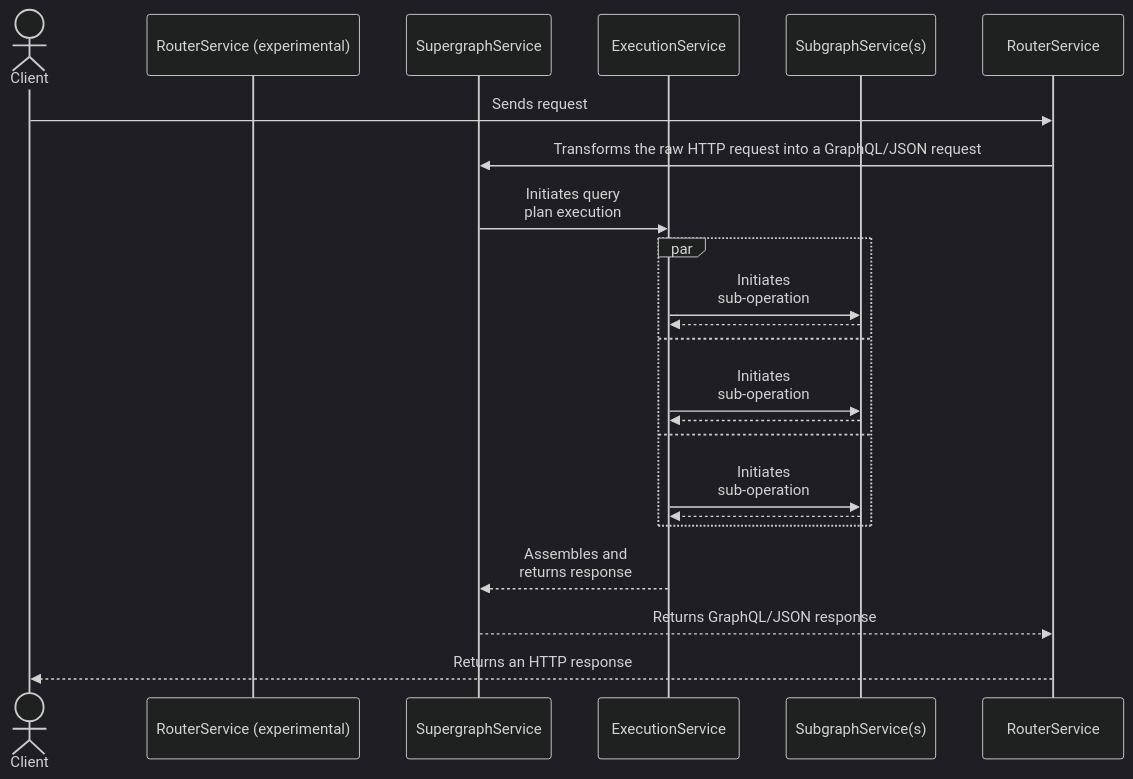
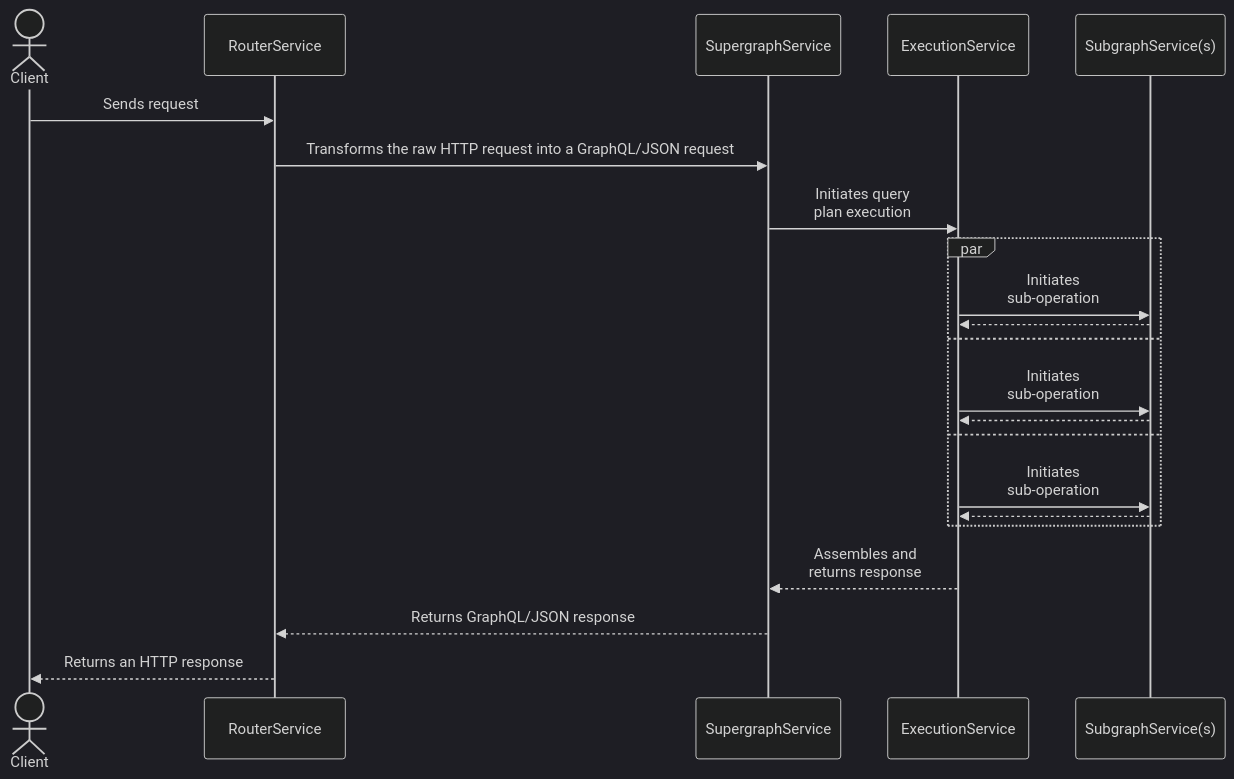
One commit to apollographql/router changed the diagram in docs/source/customizations/overview.mdx. Above: the diagram before and after it, drawn with Mermaid (dark theme).

Commit message:
Fix mermaid graph

````diff
--- a/docs/source/customizations/overview.mdx
+++ b/docs/source/customizations/overview.mdx
@@ -28,25 +28,25 @@
 ```mermaid
 sequenceDiagram
     actor Client
-    participant RouterService (experimental)
+    participant RouterService
     participant SupergraphService
     participant ExecutionService
     participant SubgraphService(s)
 
     Client->>RouterService: Sends request
     RouterService->>SupergraphService: Transforms the raw HTTP request into a GraphQL/JSON request
     SupergraphService->>ExecutionService: Initiates query<br/>plan execution
     par
     ExecutionService->>SubgraphService(s): Initiates<br/>sub-operation
     SubgraphService(s)-->>ExecutionService: 
     and
     ExecutionService->>SubgraphService(s): Initiates<br/>sub-operation
     SubgraphService(s)-->>ExecutionService: 
     and
     ExecutionService->>SubgraphService(s): Initiates<br/>sub-operation
     SubgraphService(s)-->>ExecutionService: 
     end
     ExecutionService-->>SupergraphService: Assembles and<br/>returns response
     SupergraphService-->>RouterService: Returns GraphQL/JSON response
     RouterService-->>Client: Returns an HTTP response
 ```
````
